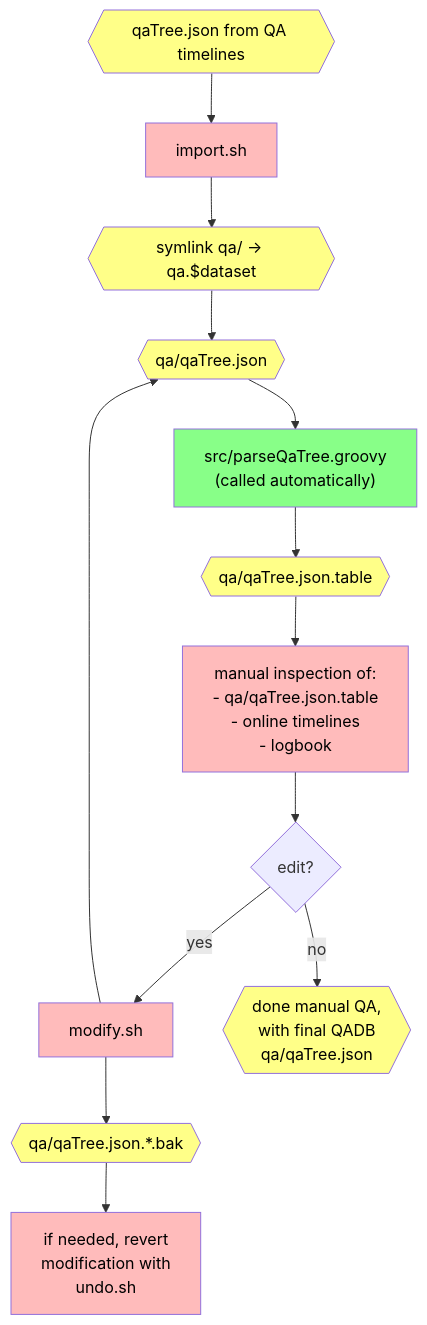
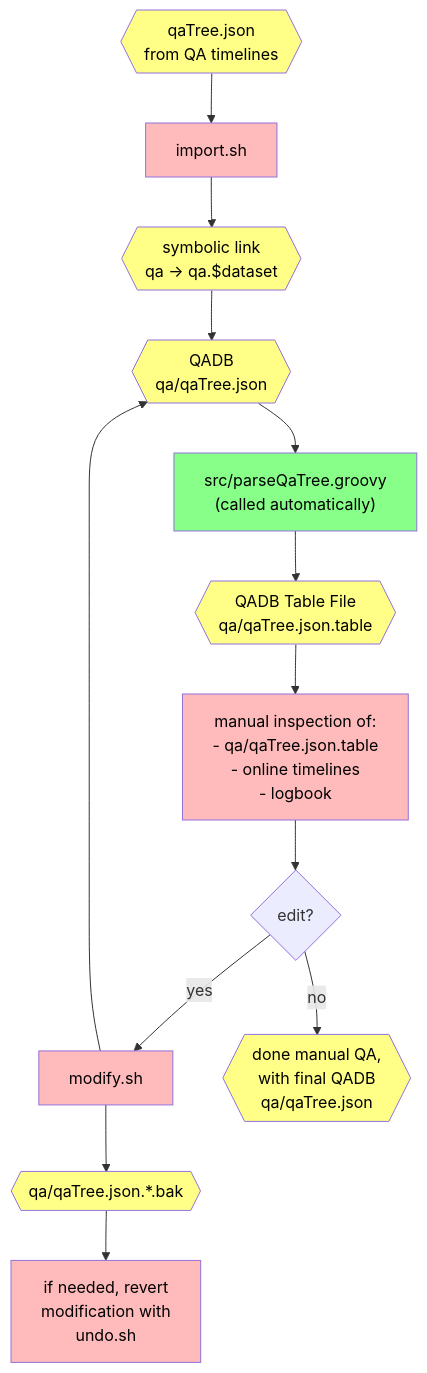
Before and after one commit to JeffersonLab/clas12-timeline: the diagram in qadb/README.md, drawn with Mermaid. The commit also changed other lines of this file, not shown here.

````diff
--- a/qadb/README.md
+++ b/qadb/README.md
@@ -40,30 +42,30 @@
 ```mermaid
 flowchart TB
 
     classDef data fill:#ff8,color:black
     classDef auto fill:#8f8,color:black
     classDef manual fill:#fbb,color:black
 
-    qaTreeInit{{qaTree.json from QA timelines}}:::data
+    qaTreeInit{{qaTree.json<br>from QA timelines}}:::data
     import[import.sh]:::manual
     parse["src/parseQaTree.groovy<br>(called automatically)"]:::auto
-    symlink{{symlink qa/ -> qa.$dataset}}:::data
-    qaTree{{qa/qaTree.json}}:::data
-    qaTable{{qa/qaTree.json.table}}:::data
+    symlink{{symbolic link<br>qa -> qa.$dataset}}:::data
+    qaTree{{QADB<br>qa/qaTree.json}}:::data
+    qaTable{{QADB Table File<br>qa/qaTree.json.table}}:::data
 
     qaTreeInit --> import --> symlink --> qaTree --> parse --> qaTable
 
     inspect[manual inspection of:<br>- qa/qaTree.json.table<br>- online timelines<br>- logbook]:::manual
     edit{edit?}
     modify[modify.sh]:::manual
     qaTreeBak{{qa/qaTree.json.*.bak}}:::data
     undo[if needed, revert<br>modification with<br>undo.sh]:::manual
 
     qaTable --> inspect --> edit
 
     edit -->|yes|modify --> qaTree
     modify --> qaTreeBak
     qaTreeBak --> undo
 
     edit -->|no|done{{done manual QA,<br>with final QADB<br>qa/qaTree.json}}:::data
 ```
````
